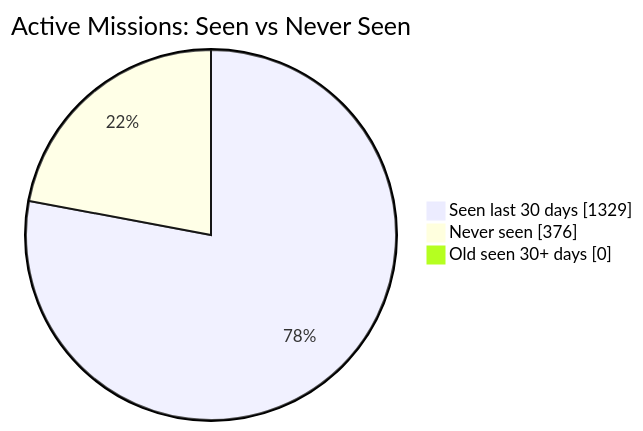
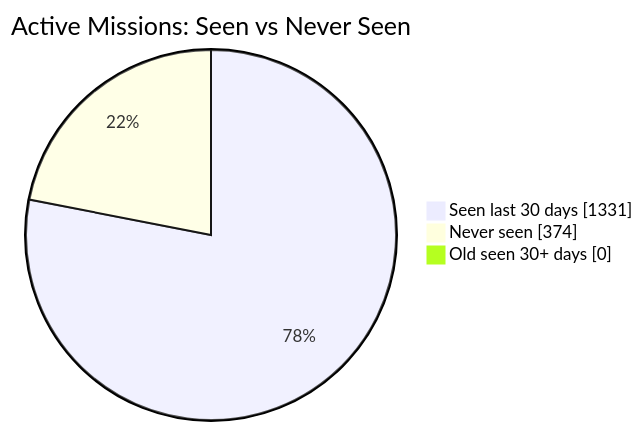
The first of 2 diagrams in README.md (MeldkamerspelGameTeam/active-missions), drawn with Mermaid before and after one commit. The commit also changed other lines of this file and 2 other files, not shown here.

````diff
--- a/README.md
+++ b/README.md
@@ -34,7 +34,7 @@
 ```mermaid
 pie showData
     title Active Missions: Seen vs Never Seen
-    "Seen last 30 days" : 1329
-    "Never seen" : 376
+    "Seen last 30 days" : 1331
+    "Never seen" : 374
     "Old seen 30+ days" : 0
 ```
````
